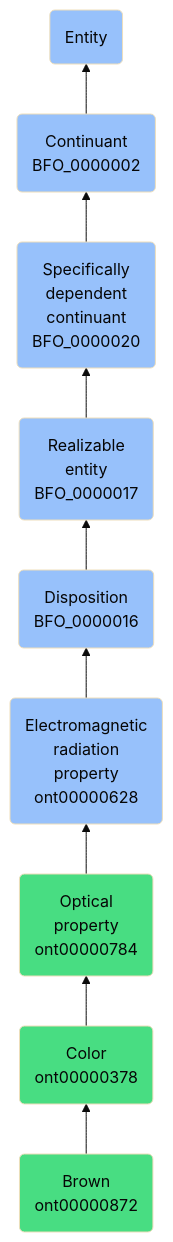
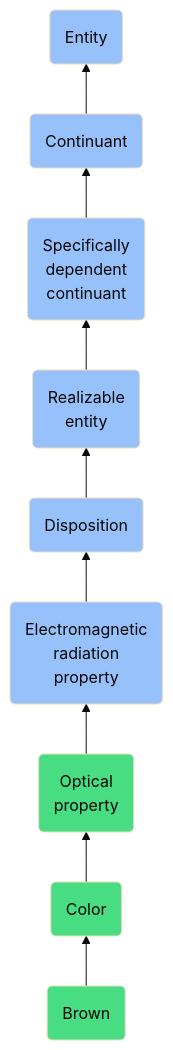
The diagram in docs/ontology/reference/model/Entity/Continuant/Specifically dependent continuant/Realizable entity/Disposition/Electromagnetic radiation property/Optical property/Color/Brown/Brown.md (jupyter-naas/abi), drawn with Mermaid (base theme) before and after one commit. The commit also changed other lines of this file and 1430 other files, not shown here.

````diff
--- a/docs/ontology/reference/model/Entity/Continuant/Specifically dependent continuant/Realizable entity/Disposition/Electromagnetic radiation property/Optical property/Color/Brown/Brown.md
+++ b/docs/ontology/reference/model/Entity/Continuant/Specifically dependent continuant/Realizable entity/Disposition/Electromagnetic radiation property/Optical property/Color/Brown/Brown.md
@@ -24,16 +24,16 @@
 ```mermaid
 graph BT
-    ont00000872(Brown<br>ont00000872):::ABI-->ont00000378
-    ont00000378(Color<br>ont00000378):::ABI-->ont00000784
-    ont00000784(Optical<br>property<br>ont00000784):::ABI-->ont00000628
-    ont00000628(Electromagnetic<br>radiation<br>property<br>ont00000628):::BFO-->BFO_0000016
-    BFO_0000016(Disposition<br>BFO_0000016):::BFO-->BFO_0000017
-    BFO_0000017(Realizable<br>entity<br>BFO_0000017):::BFO-->BFO_0000020
-    BFO_0000020(Specifically<br>dependent<br>continuant<br>BFO_0000020):::BFO-->BFO_0000002
-    BFO_0000002(Continuant<br>BFO_0000002):::BFO-->BFO_0000001
+    ont00000872(Brown):::ABI-->ont00000378
+    ont00000378(Color):::ABI-->ont00000784
+    ont00000784(Optical<br>property):::ABI-->ont00000628
+    ont00000628(Electromagnetic<br>radiation<br>property):::BFO-->BFO_0000016
+    BFO_0000016(Disposition):::BFO-->BFO_0000017
+    BFO_0000017(Realizable<br>entity):::BFO-->BFO_0000020
+    BFO_0000020(Specifically<br>dependent<br>continuant):::BFO-->BFO_0000002
+    BFO_0000002(Continuant):::BFO-->BFO_0000001
     BFO_0000001(Entity):::BFO
     
     classDef BFO fill:#97c1fb,color:#060606
     classDef CCO fill:#e4c51e,color:#060606
     classDef ABI fill:#48DD82,color:#060606
 ```
````
